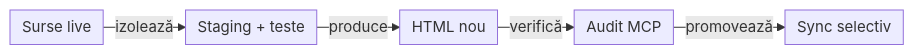
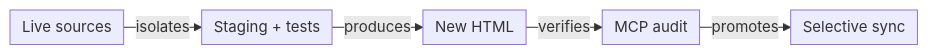
One commit to crististefanita/atf_j0 changed the tenth of 11 diagrams in docs/ATF_Reporting_Contract.md. Above: the diagram before and after it, drawn with Mermaid. The commit also changed other lines of this file and 113 other files, not shown here.

````diff
--- a/docs/ATF_Reporting_Contract.md
+++ b/docs/ATF_Reporting_Contract.md
@@ -859,8 +701,8 @@
 ```mermaid
 %%{init: {"themeVariables":{"fontSize":"15px"},"themeCSS":".nodeLabel, .nodeLabel p { font-size: 15px !important; line-height: 1.35 !important; } .edgeLabel, .edgeLabel p { font-size: 12px !important; font-weight: 400 !important; line-height: 1.2 !important; } .edgeLabel .labelBkg, .edgeLabel p { background: transparent !important; } .edgeLabel foreignObject { transform: translateY(-18px); overflow: visible; } .node rect { rx: 6px; ry: 6px; }","flowchart":{"curve":"linear","nodeSpacing":24,"rankSpacing":24,"padding":6,"diagramPadding":20}}}%%
 flowchart LR
-    Live["Surse live"] -->|izolează| Stage["Staging + teste"]
-    Stage -->|produce| Artifact["HTML nou"]
-    Artifact -->|verifică| Browser["Audit MCP"]
-    Browser -->|promovează| Sync["Sync selectiv"]
+    Live["Live sources"] -->|isolates| Stage["Staging + tests"]
+    Stage -->|produces| Artifact["New HTML"]
+    Artifact -->|verifies| Browser["MCP audit"]
+    Browser -->|promotes| Sync["Selective sync"]
 ```
````
